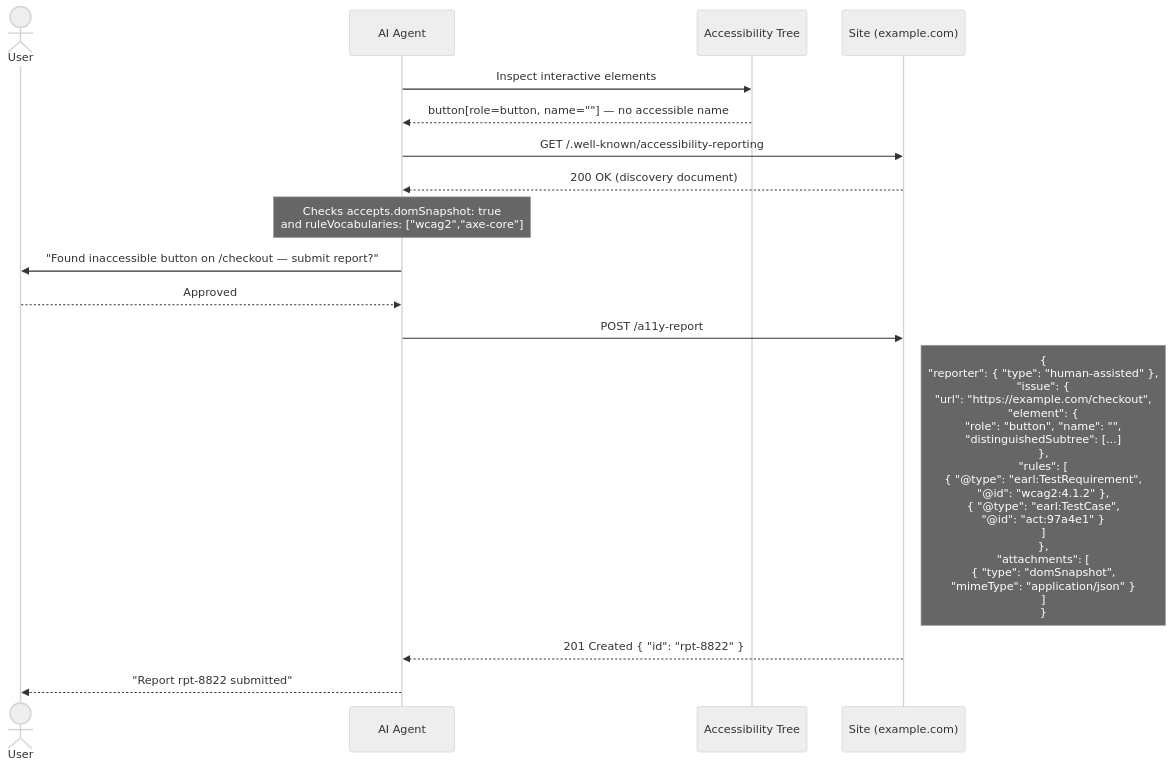
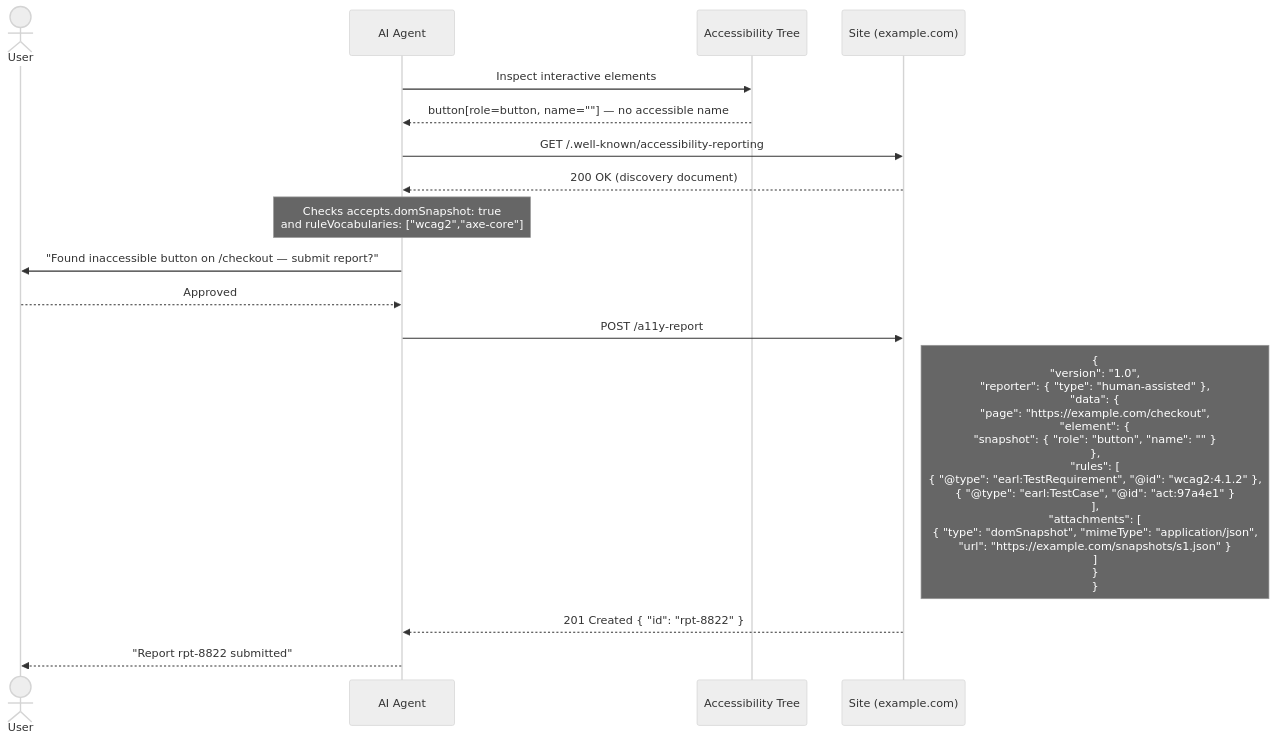
Before and after one commit to AutoSponge/well-known-accessibility-report: the second of 2 diagrams in readme.md, drawn with Mermaid (neutral theme). The commit also changed other lines of this file and 1 other file, not shown here.

Commit message:
fix(json): make sure examples validate

````diff
--- a/readme.md
+++ b/readme.md
@@ -103,24 +105,24 @@
 ```mermaid
 sequenceDiagram
     actor User
     participant Agent as AI Agent
     participant Tree as Accessibility Tree
     participant Site as Site (example.com)
 
     Agent->>Tree: Inspect interactive elements
     Tree-->>Agent: button[role=button, name=""] — no accessible name
 
     Agent->>Site: GET /.well-known/accessibility-reporting
     Site-->>Agent: 200 OK (discovery document)
 
     Note over Agent: Checks accepts.domSnapshot: true<br/>and ruleVocabularies: ["wcag2","axe-core"]
 
     Agent->>User: "Found inaccessible button on /checkout — submit report?"
     User-->>Agent: Approved
 
     Agent->>Site: POST /a11y-report
-    Note right of Site: {<br/>  "reporter": { "type": "human-assisted" },<br/>  "issue": {<br/>    "url": "https://example.com/checkout",<br/>    "element": {<br/>      "role": "button", "name": "",<br/>      "distinguishedSubtree": [...]<br/>    },<br/>    "rules": [<br/>      { "@type": "earl:TestRequirement",<br/>        "@id": "wcag2:4.1.2" },<br/>      { "@type": "earl:TestCase",<br/>        "@id": "act:97a4e1" }<br/>    ]<br/>  },<br/>  "attachments": [<br/>    { "type": "domSnapshot",<br/>      "mimeType": "application/json" }<br/>  ]<br/>}
+    Note right of Site: {<br/>  "version": "1.0",<br/>  "reporter": { "type": "human-assisted" },<br/>  "data": {<br/>    "page": "https://example.com/checkout",<br/>    "element": {<br/>      "snapshot": { "role": "button", "name": "" }<br/>    },<br/>    "rules": [<br/>      { "@type": "earl:TestRequirement", "@id": "wcag2:4.1.2" },<br/>      { "@type": "earl:TestCase", "@id": "act:97a4e1" }<br/>    ],<br/>    "attachments": [<br/>      { "type": "domSnapshot", "mimeType": "application/json",<br/>        "url": "https://example.com/snapshots/s1.json" }<br/>    ]<br/>  }<br/>}
 
     Site-->>Agent: 201 Created { "id": "rpt-8822" }
     Agent-->>User: "Report rpt-8822 submitted"
 ```
````
